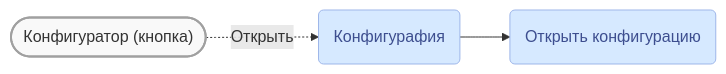
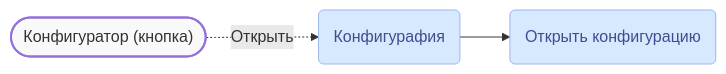
One commit to lugovoe/manual changed the second of 3 diagrams in faq/crash/main-white-window.md. Above: the diagram before and after it, drawn with Mermaid. The commit also changed other lines of this file, not shown here.

Commit message:
Ниже сохранено меню

````diff
--- a/faq/crash/main-white-window.md
+++ b/faq/crash/main-white-window.md
@@ -42,11 +42,10 @@
 ``` mermaid
 flowchart LR
   b1(["Конфигуратор (кнопка)"]);
   b1 -. Открыть .-> m1(Конфигурафия);
   m1 --> m2(Открыть конфигурацию);
-  classDef default fill:#facc1f,stroke:#a0a0a0,stroke-width:1px;
   classDef button fill:#f9f9f9,stroke-width:2px;
   classDef confmenu fill:#d6e9ff,stroke:#9eb6e9,color:#3d4e8f;
   class b1 button;
   class m1,m2 confmenu;
 ```
````
